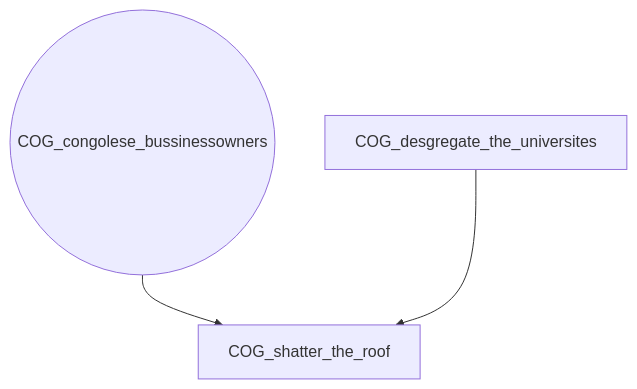
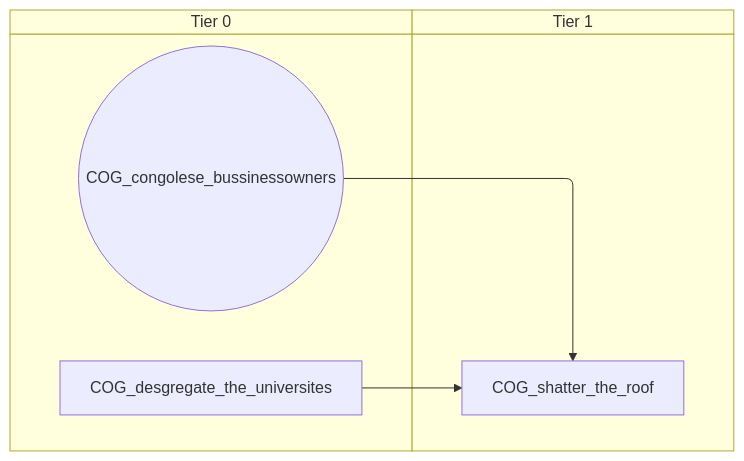
One commit to evgeny-sobol/hoi4-sandbox-mode-r56 changed the third of 10 diagrams in docs/gdd/National Focuses/r56/congo.md. Above: the diagram before and after it, drawn with Mermaid. The commit also changed other lines of this file and 423 other files, not shown here.

First line of the commit message:
Re-export Rt56 focus trees as swimlane diagrams

````diff
--- a/docs/gdd/National Focuses/r56/congo.md
+++ b/docs/gdd/National Focuses/r56/congo.md
@@ -147,8 +165,12 @@
 ```mermaid
-flowchart TD
-    n60(("COG_congolese_bussinessowners"))
-    n61["COG_desgregate_the_universites"]
-    n62["COG_shatter_the_roof"]
+swimlane-beta TD
+    subgraph tier_0["Tier 0"]
+        n60(("COG_congolese_bussinessowners"))
+        n61["COG_desgregate_the_universites"]
+    end
+    subgraph tier_1["Tier 1"]
+        n62["COG_shatter_the_roof"]
+    end
     n60 --> n62
     n61 --> n62
 ```
````
